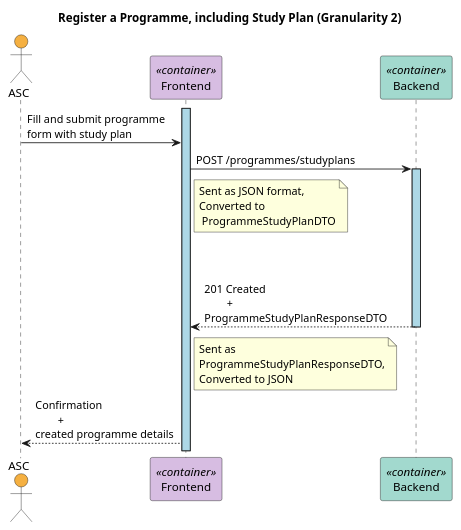
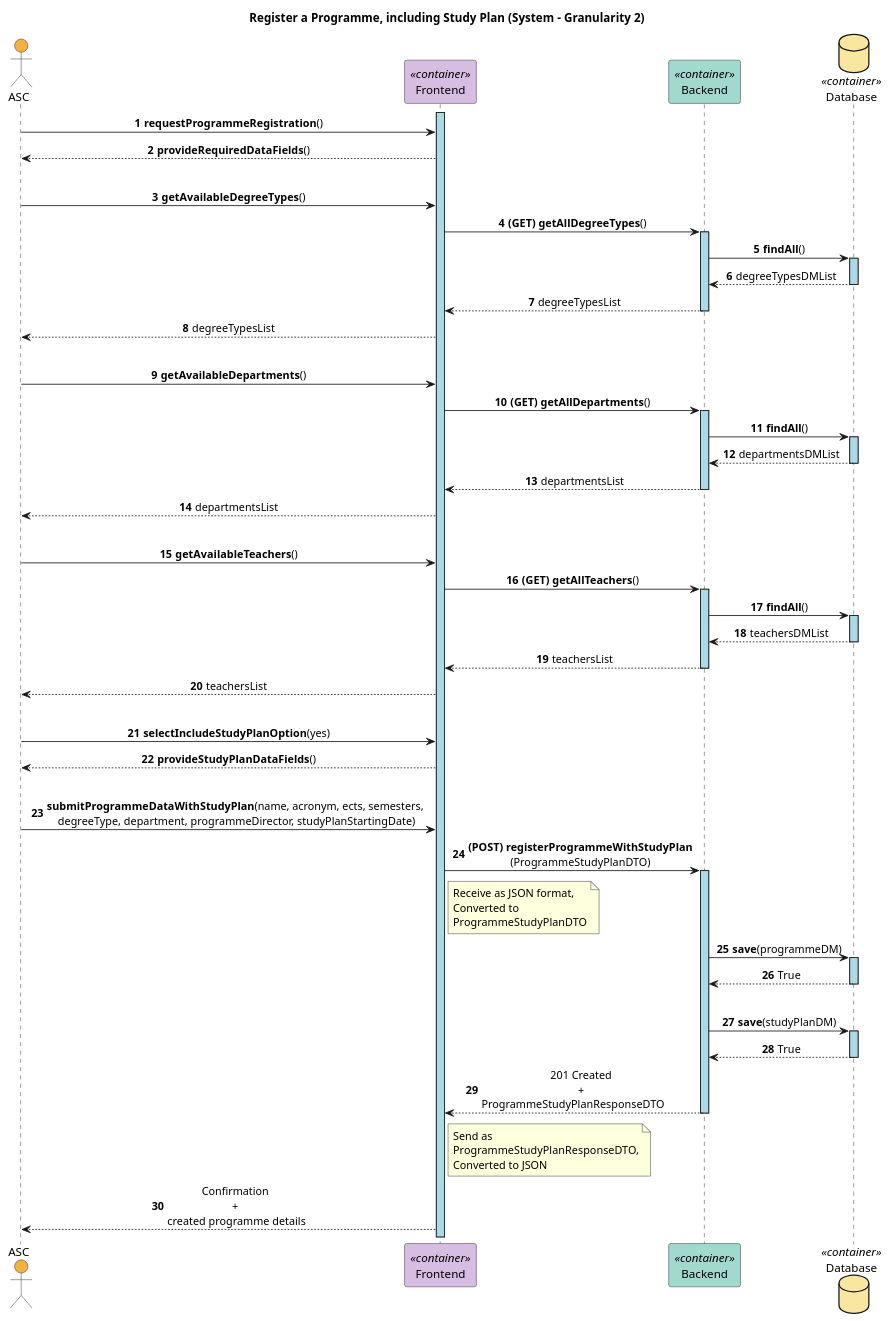
The diagram in docs/US27/Sprint6/ProcessView/Level2.puml (GasparISEP/DevOps-PAI), drawn with PlantUML before and after one commit.

Commit message:
Refactored level 2 process view diagram for register programme, including study plan;Added missing actions, fixed incorrect arrows and descriptions and added auto number. (Ref #527)

```diff
--- a/docs/US27/Sprint6/ProcessView/Level2.puml
+++ b/docs/US27/Sprint6/ProcessView/Level2.puml
@@ -1,31 +1,80 @@
 @startuml
-title Register a Programme, including Study Plan (Granularity 2)
+title Register a Programme, including Study Plan (System - Granularity 2)
 skinparam sequenceLifeLineBackgroundColor lightblue
+skinparam sequenceMessageAlign center
+autonumber
 
 actor ASC #F5B041
 participant Frontend <<container>> #D7BDE2
 participant Backend <<container>> #A2D9CE
-
+database Database <<container>> #F9E79F
 
 activate Frontend
-ASC -> Frontend: Fill and submit programme \nform with study plan
-
-Frontend -> Backend: POST /programmes/studyplans
+ASC -> Frontend: **requestProgrammeRegistration**()
+Frontend --> ASC: **provideRequiredDataFields**()
+|||
+ASC -> Frontend: **getAvailableDegreeTypes**()
+Frontend -> Backend: **(GET) getAllDegreeTypes**()
+activate Backend
+Backend -> Database: **findAll**()
+activate Database
+Database --> Backend: degreeTypesDMList
+deactivate Database
+Backend --> Frontend: degreeTypesList
+deactivate Backend
+Frontend --> ASC: degreeTypesList
+|||
+ASC -> Frontend: **getAvailableDepartments**()
+Frontend -> Backend: **(GET) getAllDepartments**()
+activate Backend
+Backend -> Database: **findAll**()
+activate Database
+Database --> Backend: departmentsDMList
+deactivate Database
+Backend --> Frontend: departmentsList
+deactivate Backend
+Frontend --> ASC: departmentsList
+|||
+ASC -> Frontend: **getAvailableTeachers**()
+Frontend -> Backend: **(GET) getAllTeachers**()
+activate Backend
+Backend -> Database: **findAll**()
+activate Database
+Database --> Backend: teachersDMList
+deactivate Database
+Backend --> Frontend: teachersList
+deactivate Backend
+Frontend --> ASC: teachersList
+|||
+ASC -> Frontend: **selectIncludeStudyPlanOption**(yes)
+Frontend --> ASC: **provideStudyPlanDataFields**()
+|||
+ASC -> Frontend: **submitProgrammeDataWithStudyPlan**(name, acronym, ects, semesters, \ndegreeType, department, programmeDirector, studyPlanStartingDate)
+Frontend -> Backend: **(POST) registerProgrammeWithStudyPlan**\n(ProgrammeStudyPlanDTO)
 activate Backend
 note right Frontend
-  Sent as JSON format,
+  Receive as JSON format,
   Converted to
-   ProgrammeStudyPlanDTO
+  ProgrammeStudyPlanDTO
 end note
+
+Backend -> Database: **save**(programmeDM)
+activate Database
+Database --> Backend: True
+deactivate Database
 |||
-|||
-Backend --> Frontend: 201 Created \n\t+ \nProgrammeStudyPlanResponseDTO\t
+Backend -> Database: **save**(studyPlanDM)
+activate Database
+Database --> Backend: True
+deactivate Database
+
+Backend --> Frontend: 201 Created \n+ \nProgrammeStudyPlanResponseDTO\t
 deactivate Backend
 note right Frontend
-  Sent as
+  Send as
   ProgrammeStudyPlanResponseDTO,
   Converted to JSON
 end note
 
-Frontend --> ASC: Confirmation \n\t+ \ncreated programme details
+Frontend --> ASC: Confirmation \n+ \ncreated programme details
 @enduml
```
